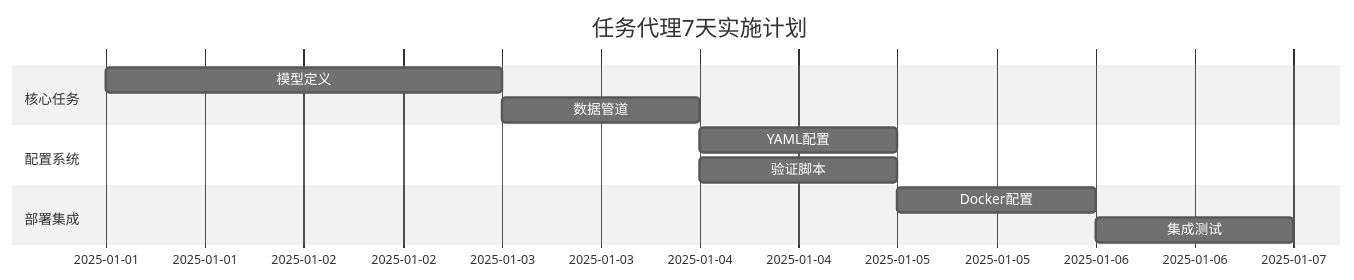
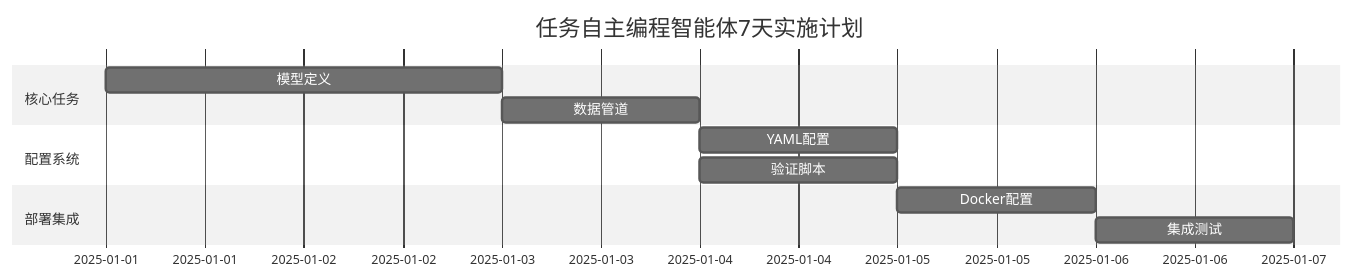
Before and after one commit to ouyangshixiong/context-engineering-zh: the second of 2 diagrams in TASK.md, drawn with Mermaid (neutral theme). The commit also changed other lines of this file and 6 other files, not shown here.

````diff
--- a/TASK.md
+++ b/TASK.md
@@ -150,16 +150,16 @@
 ```mermaid
 gantt
-    title 任务代理7天实施计划
+    title 任务自主编程智能体7天实施计划
     dateFormat  YYYY-MM-DD
     section 核心任务
     模型定义           :2025-01-01, 2d
     数据管道           :2025-01-03, 1d
     
     section 配置系统  
     YAML配置           :2025-01-04, 0.5d
     验证脚本           :2025-01-04, 1d
     
     section 部署集成
     Docker配置         :2025-01-05, 0.5d
     集成测试           :2025-01-06, 1d
 ```
````
